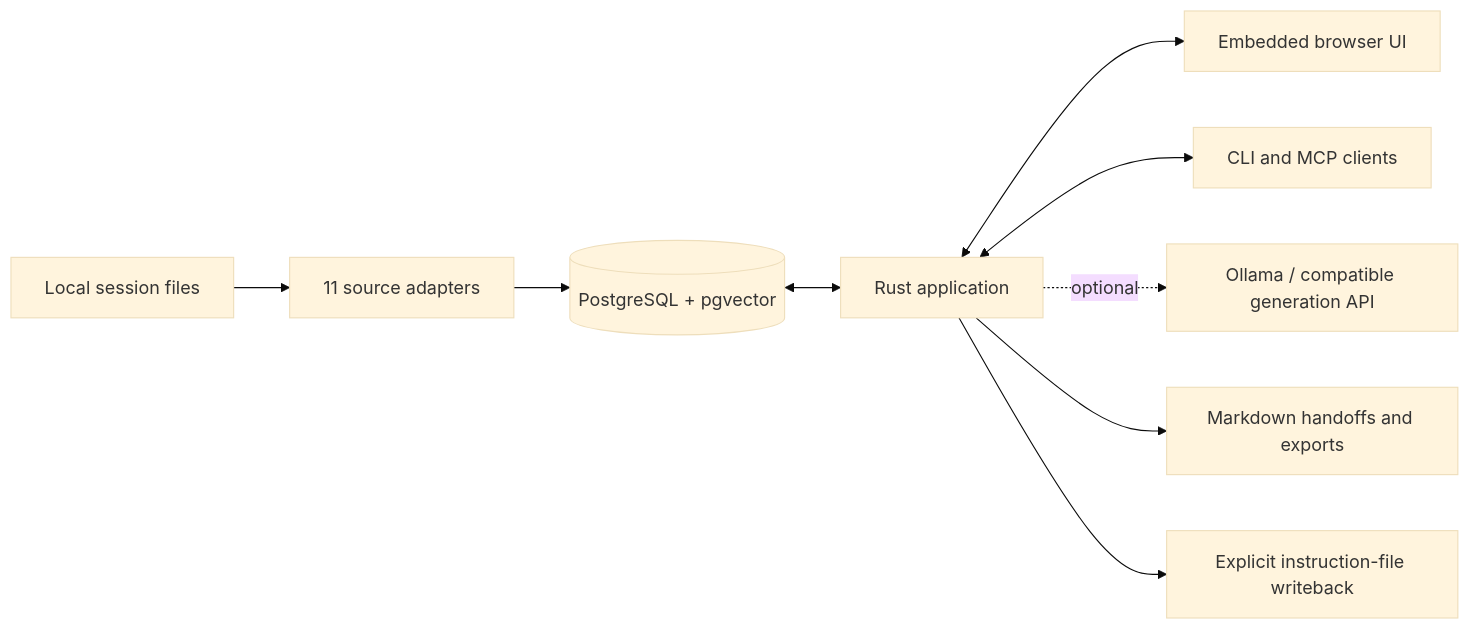
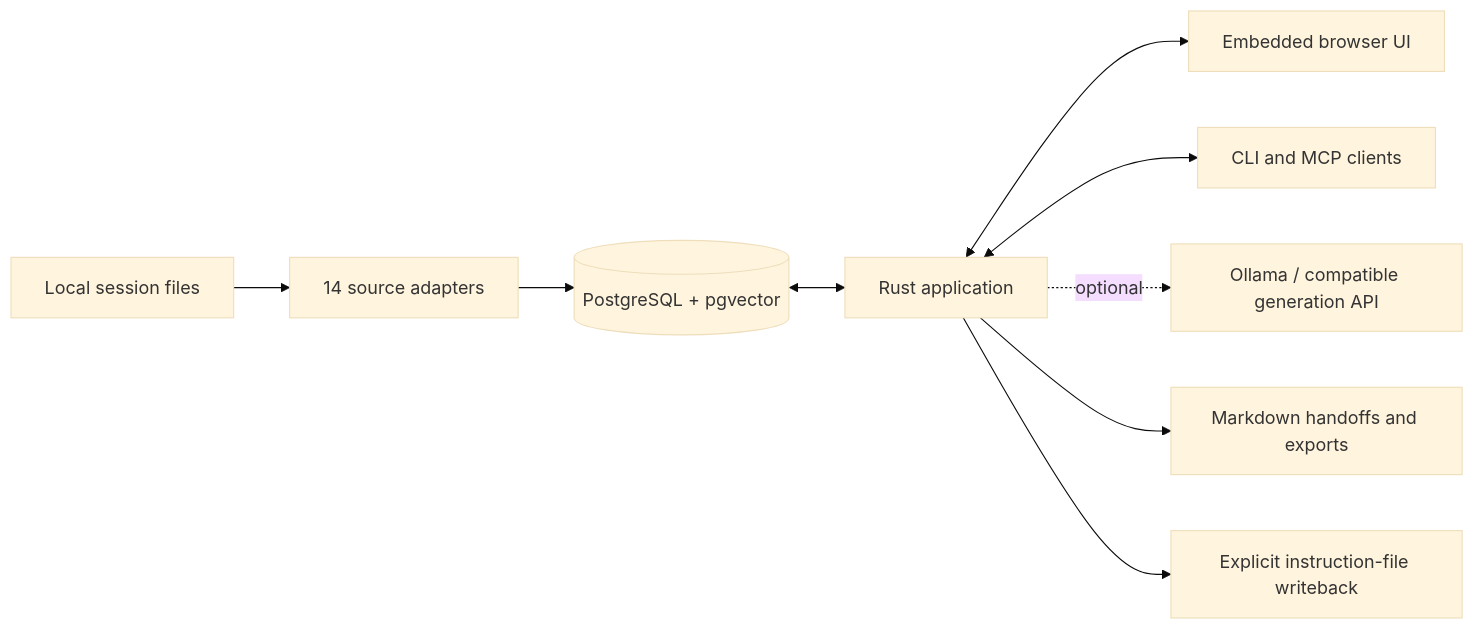
Before and after one commit to mkupermann/throughline: the diagram in README.md, drawn with Mermaid (base theme). The commit also changed other lines of this file and 18 other files, not shown here.

````diff
--- a/README.md
+++ b/README.md
@@ -324,11 +326,11 @@
 ```mermaid
 flowchart LR
-    Files[Local session files] --> Import[11 source adapters]
+    Files[Local session files] --> Import[14 source adapters]
     Import --> DB[(PostgreSQL + pgvector)]
     DB <--> Runtime[Rust application]
     Runtime <--> Browser[Embedded browser UI]
     Runtime <--> Clients[CLI and MCP clients]
     Runtime -. optional .-> Models[Ollama / compatible generation API]
     Runtime --> Export[Markdown handoffs and exports]
     Runtime --> Instructions[Explicit instruction-file writeback]
 ```
````
